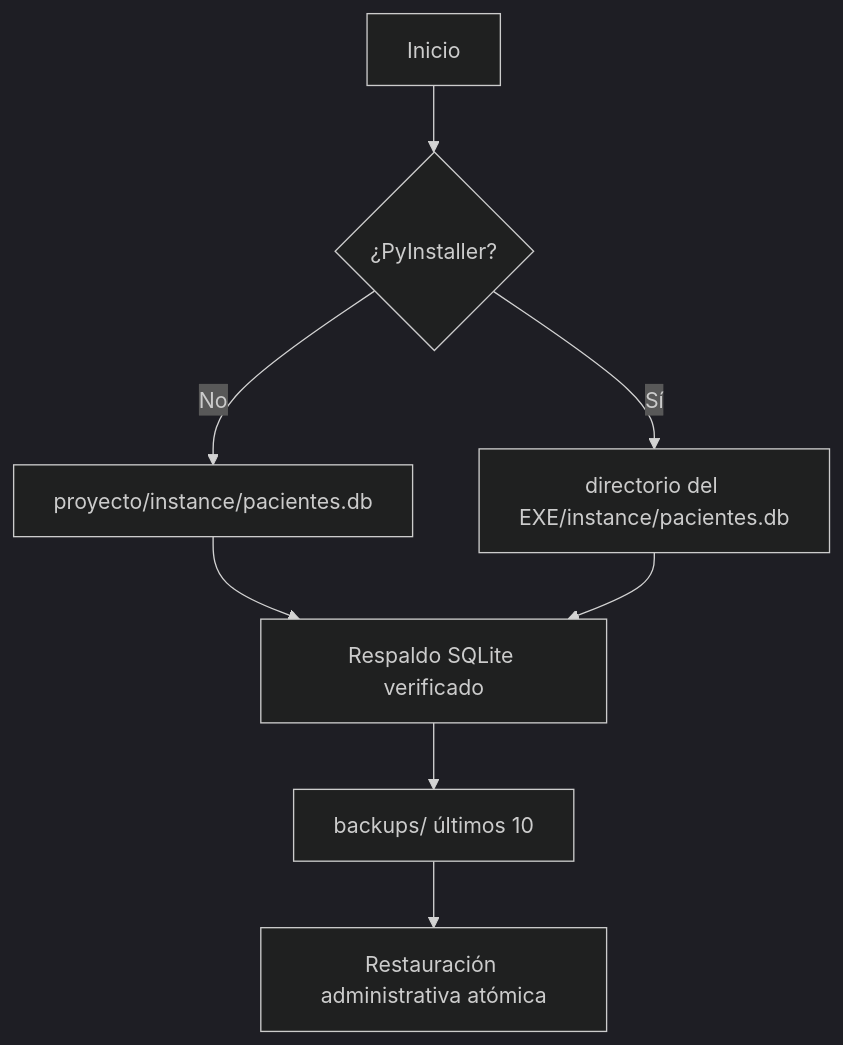
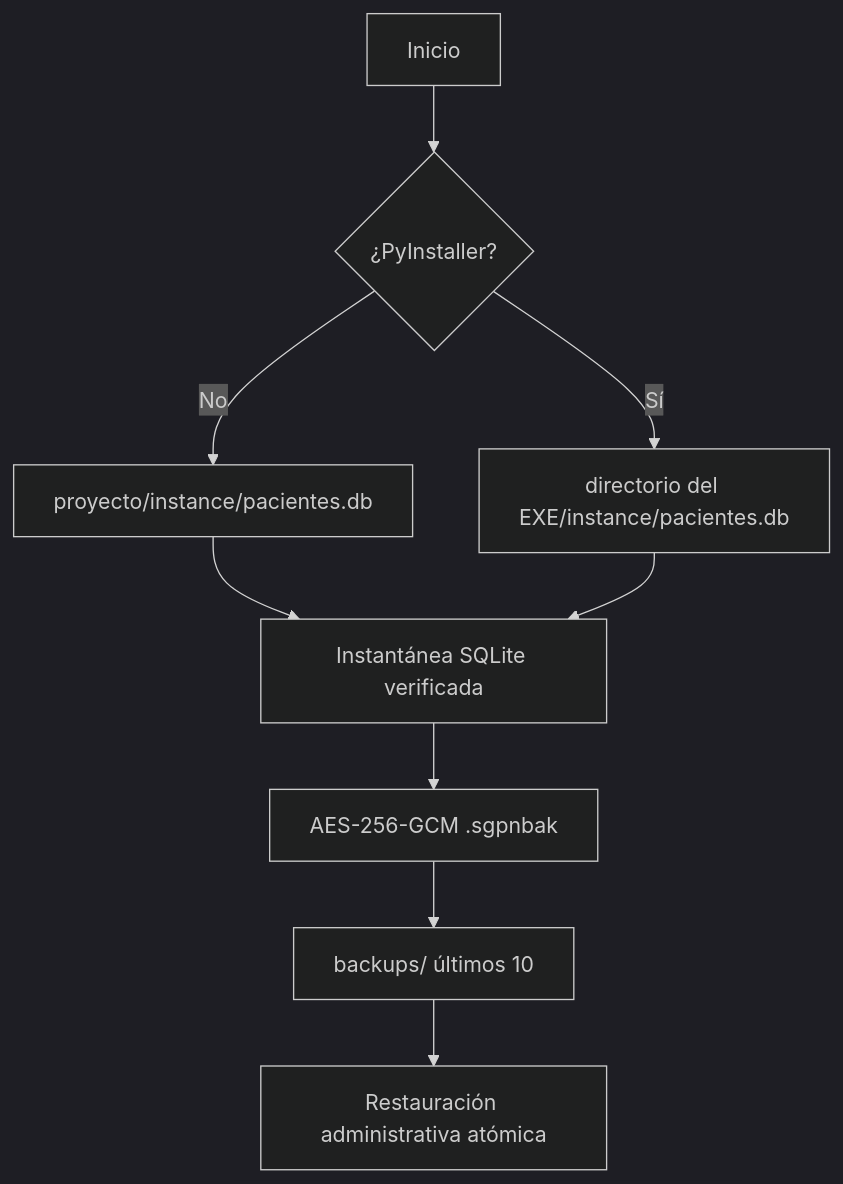
The diagram in ARCHITECTURE.md (tbtkd/sgp_base), drawn with Mermaid (dark theme) before and after one commit. The commit also changed other lines of this file and 62 other files, not shown here.

````diff
--- a/ARCHITECTURE.md
+++ b/ARCHITECTURE.md
@@ -33,10 +34,11 @@
 ```mermaid
 flowchart TD
     A["Inicio"] --> B{"¿PyInstaller?"}
     B -- No --> C["proyecto/instance/pacientes.db"]
     B -- Sí --> D["directorio del EXE/instance/pacientes.db"]
-    C --> E["Respaldo SQLite verificado"]
+    C --> E["Instantánea SQLite verificada"]
     D --> E
-    E --> F["backups/ últimos 10"]
-    F --> G["Restauración administrativa atómica"]
+    E --> F["AES-256-GCM .sgpnbak"]
+    F --> G["backups/ últimos 10"]
+    G --> H["Restauración administrativa atómica"]
 ```
````
